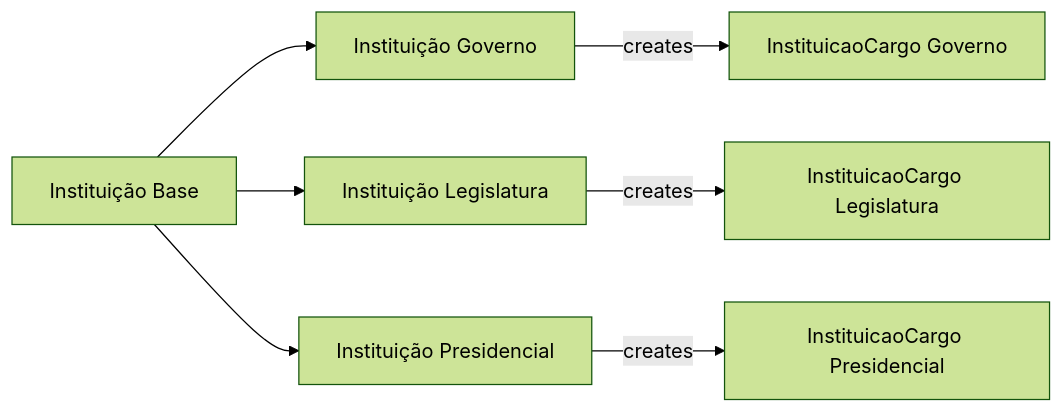
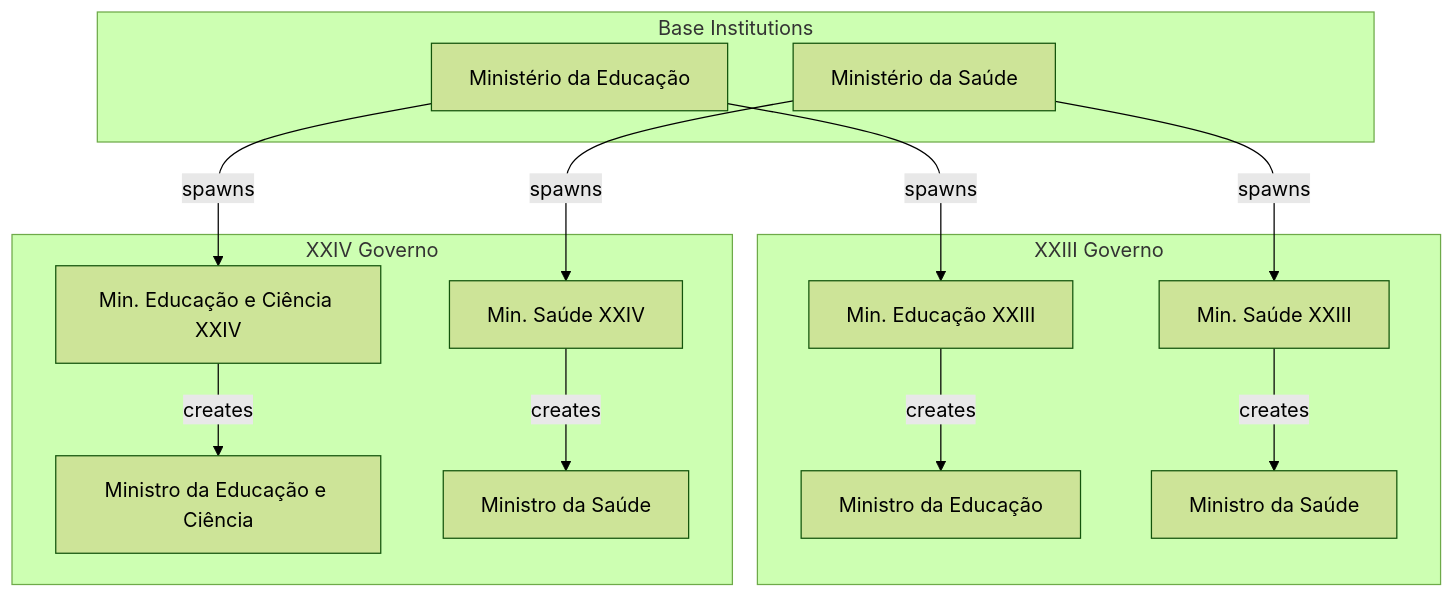
One commit to CarlosLiberJesus/obsidian-vault changed the second of 3 diagrams in vault/BeWhyOrg/InServer/Backend/Database/Entity-InstituicaoCargo.md. Above: the diagram before and after it, drawn with Mermaid (forest theme). The commit also changed other lines of this file and 11 other files, not shown here.

````diff
--- a/vault/BeWhyOrg/InServer/Backend/Database/Entity-InstituicaoCargo.md
+++ b/vault/BeWhyOrg/InServer/Backend/Database/Entity-InstituicaoCargo.md
@@ -50,10 +52,21 @@
 ```mermaid
-graph LR
-    I[Instituição Base] --> IG[Instituição Governo]
-    I --> IL[Instituição Legislatura]
-    I --> IP[Instituição Presidencial]
+graph TD
+    subgraph Base Institutions
+        IB1[Ministério da Educação]
+        IB2[Ministério da Saúde]
+    end
     
-    IG --> |creates| ICG[InstituicaoCargo Governo]
-    IL --> |creates| ICL[InstituicaoCargo Legislatura]
-    IP --> |creates| ICP[InstituicaoCargo Presidencial]
+    subgraph XXIII Governo
+        IB1 --> |spawns| IG1[Min. Educação XXIII]
+        IB2 --> |spawns| IG2[Min. Saúde XXIII]
+        IG1 --> |creates| C1[Ministro da Educação]
+        IG2 --> |creates| C2[Ministro da Saúde]
+    end
+    
+    subgraph XXIV Governo
+        IB1 --> |spawns| IG3[Min. Educação e Ciência XXIV]
+        IB2 --> |spawns| IG4[Min. Saúde XXIV]
+        IG3 --> |creates| C3[Ministro da Educação e Ciência]
+        IG4 --> |creates| C4[Ministro da Saúde]
+    end
 ```
````
